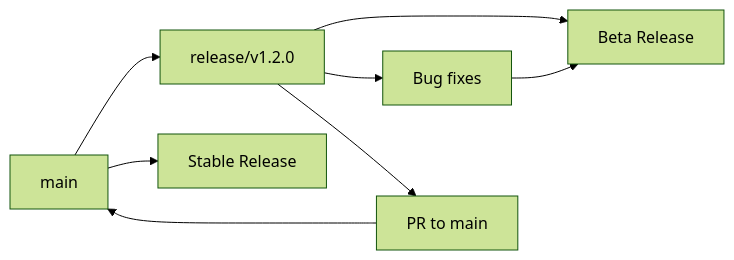
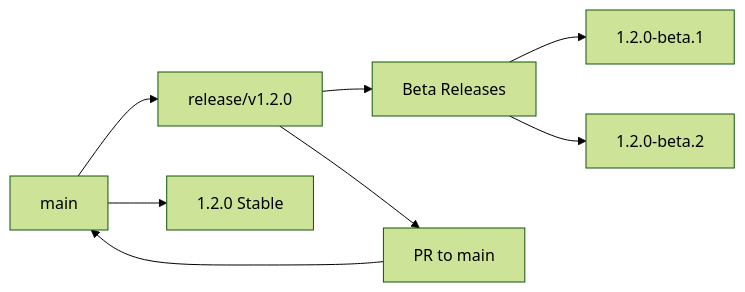
The second of 3 diagrams in docs/BRANCHING_STRATEGY.md (llevintza/aws-fastify-prometheus), drawn with Mermaid (forest theme) before and after one commit. The commit also changed other lines of this file and 6 other files, not shown here.

````diff
--- a/docs/BRANCHING_STRATEGY.md
+++ b/docs/BRANCHING_STRATEGY.md
@@ -39,10 +536,10 @@
 ```mermaid
 graph LR
     A[main] --> B[release/v1.2.0]
-    B --> C[Beta Release]
-    B --> D[Bug fixes]
-    D --> C
-    B --> E[PR to main]
-    E --> A
-    A --> F[Stable Release]
+    B --> C[Beta Releases]
+    C --> D[1.2.0-beta.1]
+    C --> E[1.2.0-beta.2]
+    B --> F[PR to main]
+    F --> A
+    A --> G[1.2.0 Stable]
 ```
````
